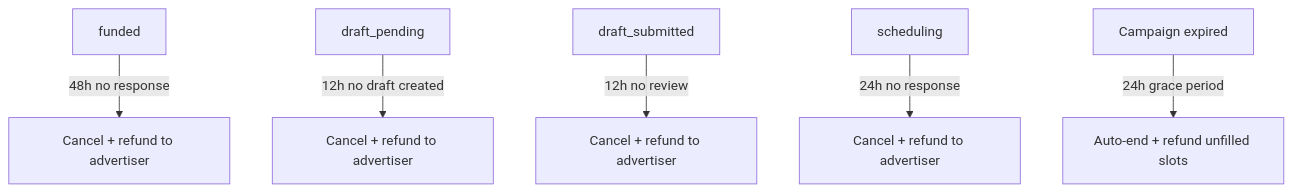
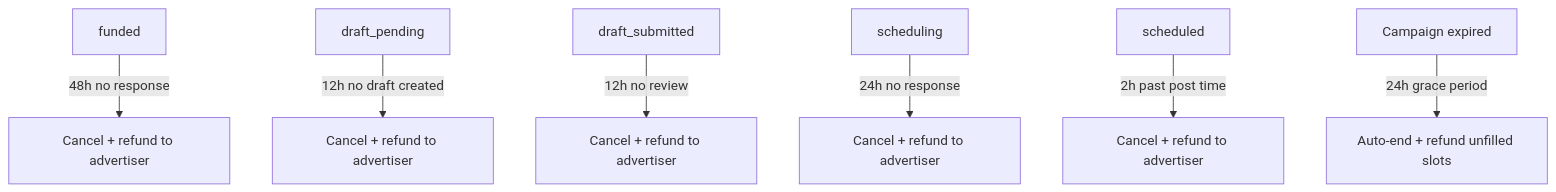
Before and after one commit to Dannyjay-hub/telegram-ads-mvp: diagram 12 of 12 in README.md, drawn with Mermaid. The commit also changed other lines of this file and 1 other file, not shown here.

Commit message:
fix: complete timeout overhaul — proper refunds, slot release, missed post check
backgroundJobs.ts:
- Added releaseCampaignSlot() helper: decrements slots_filled, reverts 'filled' → 'active'
- Added queueRefund() helper: inserts into pending_payouts table
- Added notifyAdvertiser() helper: DRY notification via bot
- Fixed draft_pending (12h): was TODO, now queues refund + releases slot
- Fixed funded (48h): was status-only, now queues refund + releases slot
- Fixed draft_submitted (12h): added slot release (refund was already there)
- Fixed scheduling (24h): removed proposed_time filter, added slot release
- NEW: missed post check — scheduled deals >2h past post time → failed_to_post + refund

README.md:
- Added missed post timeout to §14 diagram and table

````diff
--- a/README.md
+++ b/README.md
@@ -913,8 +913,9 @@
 ```mermaid
 flowchart TD
     F[funded] -->|48h no response| R1[Cancel + refund to advertiser]
     DP[draft_pending] -->|12h no draft created| R2[Cancel + refund to advertiser]
     DS[draft_submitted] -->|12h no review| R3[Cancel + refund to advertiser]
     SCH[scheduling] -->|24h no response| R4[Cancel + refund to advertiser]
+    MISS[scheduled] -->|2h past post time| R5[Cancel + refund to advertiser]
     EXP[Campaign expired] -->|24h grace period| END["Auto-end + refund unfilled slots"]
 ```
````
